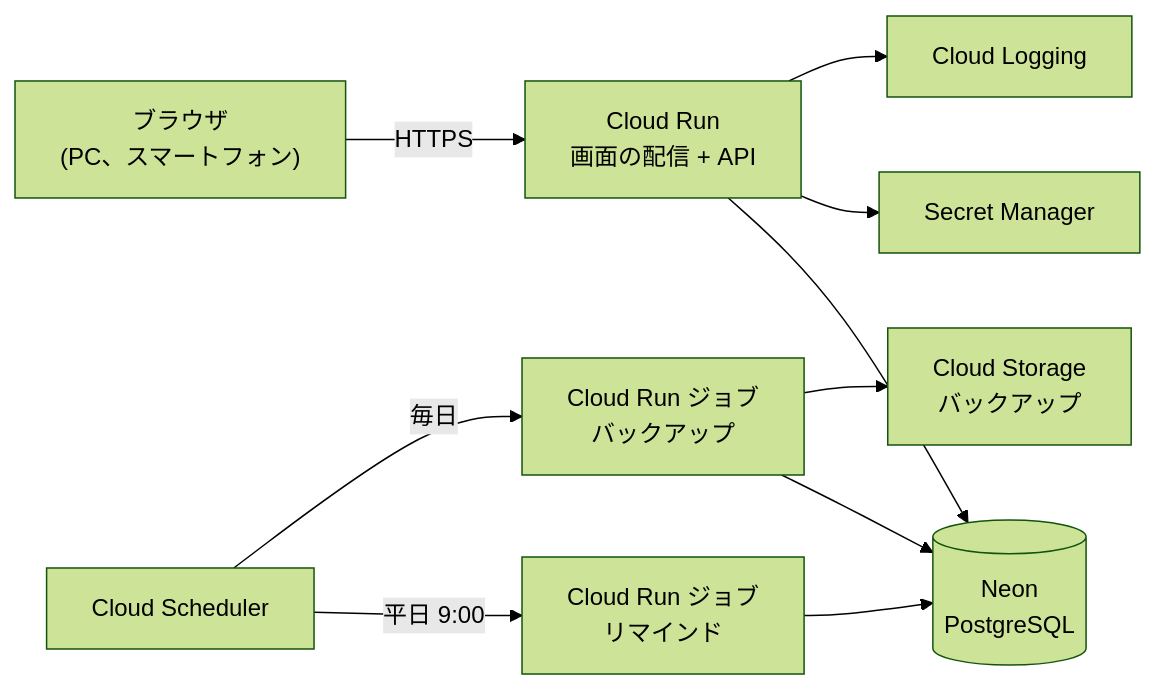
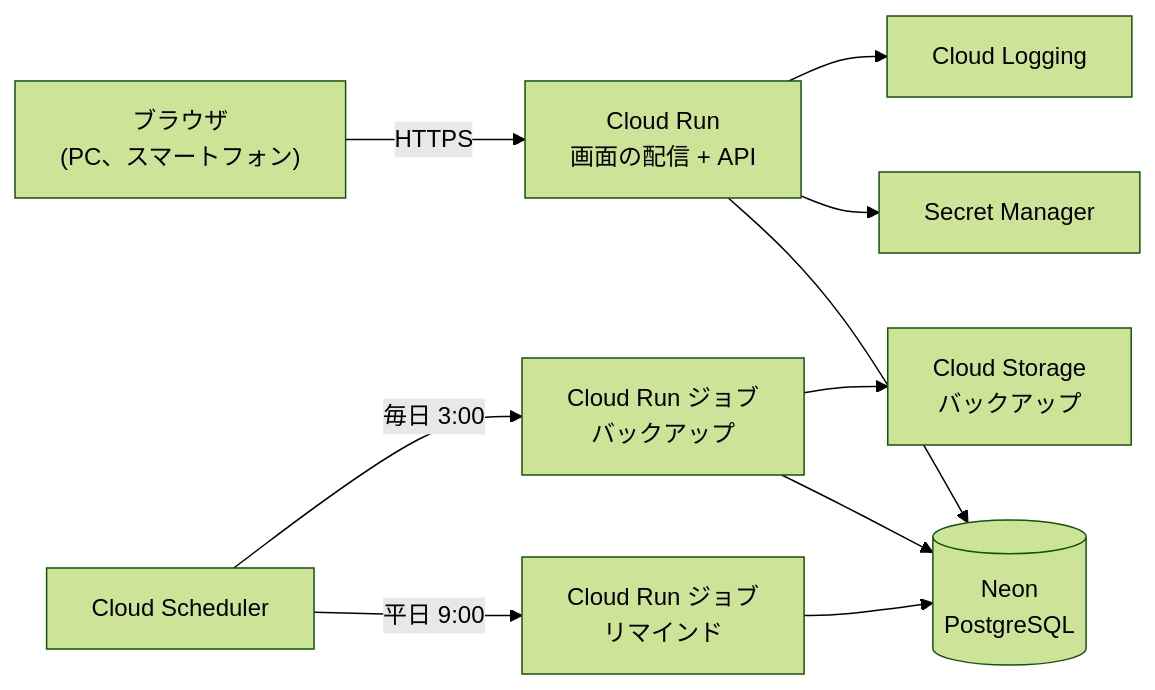
One commit to sakaishizue/nippo changed the diagram in docs/tech-stack.md. Above: the diagram before and after it, drawn with Mermaid (forest theme). The commit also changed other lines of this file and 5 other files, not shown here.

First line of the commit message:
リマインドのジョブと、Cloud Scheduler の定期実行の手順を追加(#47)

````diff
--- a/docs/tech-stack.md
+++ b/docs/tech-stack.md
@@ -15,12 +15,12 @@
 ```mermaid
 flowchart LR
     browser["ブラウザ<br>(PC、スマートフォン)"] -->|HTTPS| run["Cloud Run<br>画面の配信 + API"]
     run --> neon[("Neon<br>PostgreSQL")]
     scheduler["Cloud Scheduler"] -->|平日 9:00| reminder["Cloud Run ジョブ<br>リマインド"]
     reminder --> neon
-    scheduler -->|毎日| job["Cloud Run ジョブ<br>バックアップ"]
+    scheduler -->|毎日 3:00| job["Cloud Run ジョブ<br>バックアップ"]
     job --> neon
     job --> storage["Cloud Storage<br>バックアップ"]
     run --> secret["Secret Manager"]
     run --> logging["Cloud Logging"]
 ```
````
